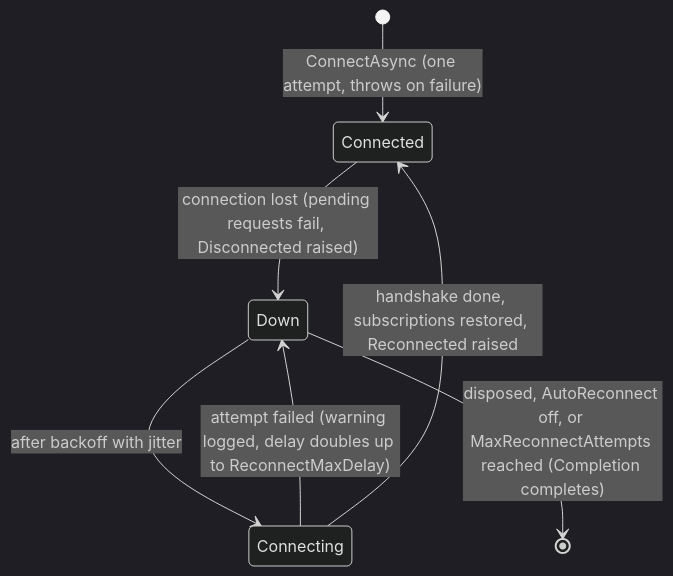
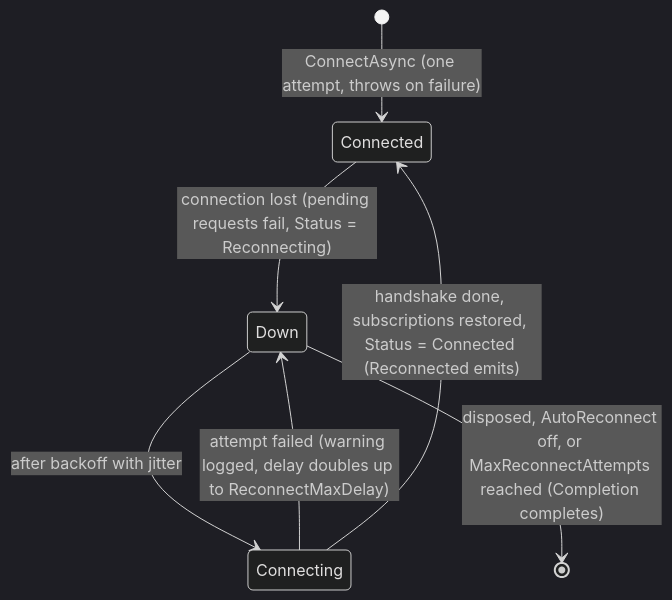
Before and after one commit to jeanhibbert/Dcs.Messaging: the sixth of 6 diagrams in Lab/docs/ARCHITECTURE.md, drawn with Mermaid (dark theme). The commit also changed other lines of this file and 18 other files, not shown here.

````diff
--- a/Lab/docs/ARCHITECTURE.md
+++ b/Lab/docs/ARCHITECTURE.md
@@ -247,9 +289,9 @@
 ```mermaid
 stateDiagram-v2
     [*] --> Connected: ConnectAsync (one attempt, throws on failure)
-    Connected --> Down: connection lost (pending requests fail, Disconnected raised)
+    Connected --> Down: connection lost (pending requests fail, Status = Reconnecting)
     Down --> Connecting: after backoff with jitter
     Connecting --> Down: attempt failed (warning logged, delay doubles up to ReconnectMaxDelay)
-    Connecting --> Connected: handshake done, subscriptions restored, Reconnected raised
+    Connecting --> Connected: handshake done, subscriptions restored, Status = Connected (Reconnected emits)
     Down --> [*]: disposed, AutoReconnect off, or MaxReconnectAttempts reached (Completion completes)
 ```
````
